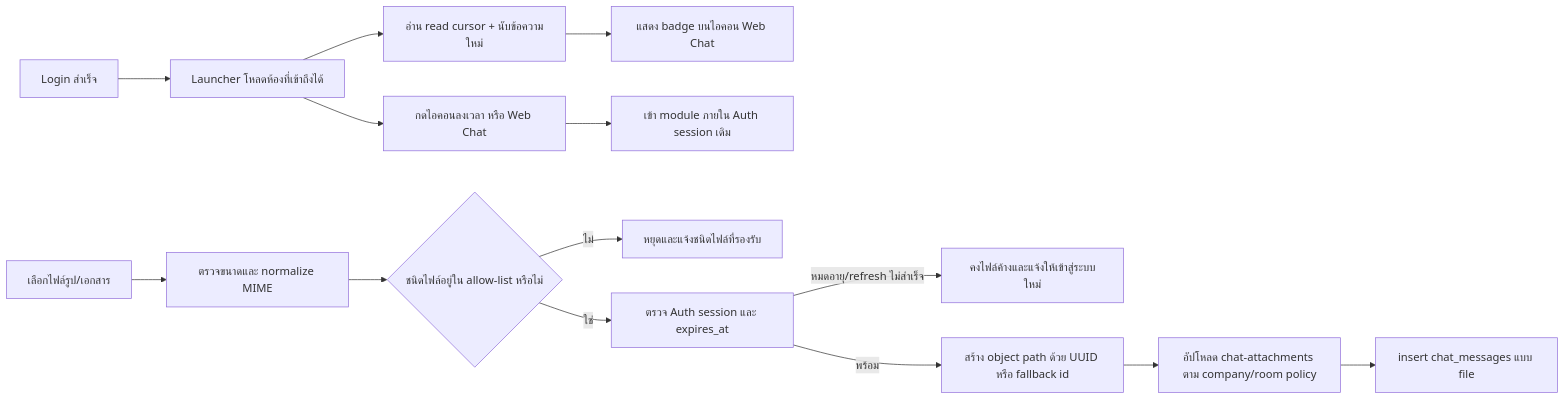
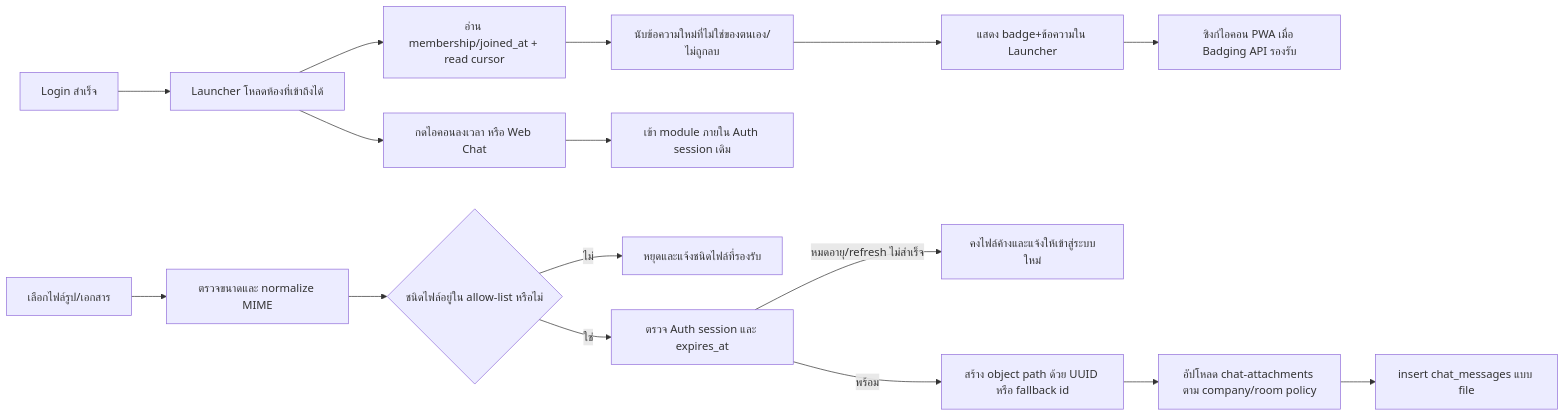
The seventh of 13 diagrams in docs/CHAT_ATTENDANCE_BRIDGE_FLOW.md (paramonjong-afk/WisdomAI), drawn with Mermaid before and after one commit. The commit also changed other lines of this file and 9 other files, not shown here.

````diff
--- a/docs/CHAT_ATTENDANCE_BRIDGE_FLOW.md
+++ b/docs/CHAT_ATTENDANCE_BRIDGE_FLOW.md
@@ -235,16 +235,18 @@
 ```mermaid
 flowchart LR
   A[Login สำเร็จ] --> B[Launcher โหลดห้องที่เข้าถึงได้]
-  B --> C[อ่าน read cursor + นับข้อความใหม่]
-  C --> D[แสดง badge บนไอคอน Web Chat]
+  B --> C[อ่าน membership/joined_at + read cursor]
+  C --> D[นับข้อความใหม่ที่ไม่ใช่ของตนเอง/ไม่ถูกลบ]
+  D --> D1[แสดง badge+ข้อความใน Launcher]
+  D1 --> D2[ซิงก์ไอคอน PWA เมื่อ Badging API รองรับ]
   B --> E[กดไอคอนลงเวลา หรือ Web Chat]
   E --> F[เข้า module ภายใน Auth session เดิม]
   G[เลือกไฟล์รูป/เอกสาร] --> H[ตรวจขนาดและ normalize MIME]
   H --> I{ชนิดไฟล์อยู่ใน allow-list หรือไม่}
   I -->|ไม่| J[หยุดและแจ้งชนิดไฟล์ที่รองรับ]
   I -->|ใช่| S[ตรวจ Auth session และ expires_at]
   S -->|หมดอายุ/refresh ไม่สำเร็จ| T[คงไฟล์ค้างและแจ้งให้เข้าสู่ระบบใหม่]
   S -->|พร้อม| N[สร้าง object path ด้วย UUID หรือ fallback id]
   N --> K[อัปโหลด chat-attachments ตาม company/room policy]
   K --> L[insert chat_messages แบบ file]
 ```
````
